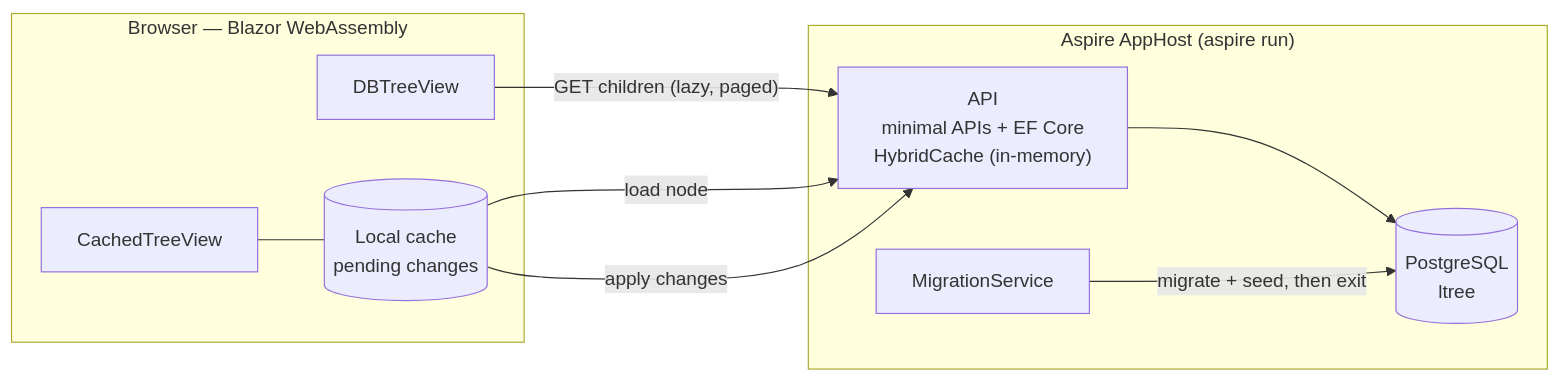
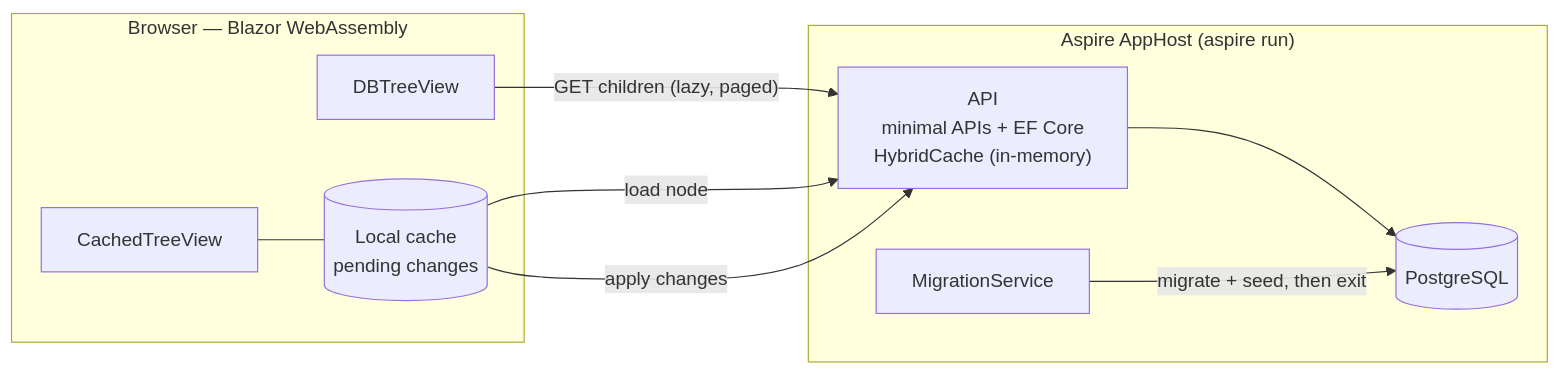
One commit to vkurtianyk/tree-editor changed the first of 2 diagrams in docs/DECISIONS.md. Above: the diagram before and after it, drawn with Mermaid. The commit also changed other lines of this file, not shown here.

First line of the commit message:
Replace ltree path with uuid[] ancestors and GIN index

````diff
--- a/docs/DECISIONS.md
+++ b/docs/DECISIONS.md
@@ -9,21 +9,21 @@
 ```mermaid
 flowchart LR
     subgraph Browser["Browser — Blazor WebAssembly"]
         DB[DBTreeView]
         CV[CachedTreeView]
         LC[(Local cache<br/>pending changes)]
         CV --- LC
     end
 
     subgraph AppHost["Aspire AppHost (aspire run)"]
         API["API<br/>minimal APIs + EF Core<br/>HybridCache (in-memory)"]
         MIG[MigrationService]
-        PG[(PostgreSQL<br/>ltree)]
+        PG[(PostgreSQL)]
     end
 
     DB -- "GET children (lazy, paged)" --> API
     LC -- "load node" --> API
     LC -- "apply changes" --> API
     API --> PG
     MIG -- "migrate + seed, then exit" --> PG
 ```
````
